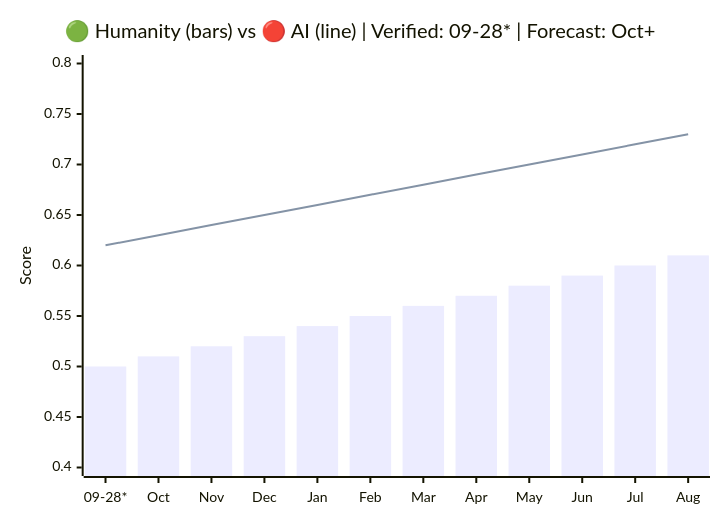
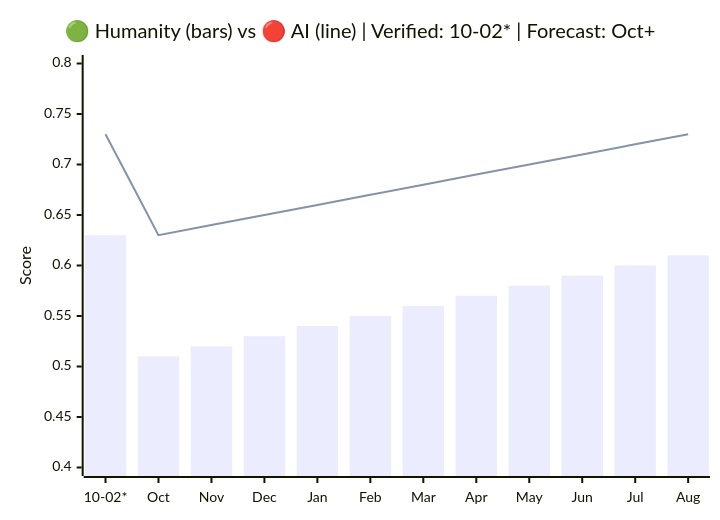
One commit to VQQLK/Human-AI-Monitor changed the first of 2 diagrams in README.md. Above: the diagram before and after it, drawn with Mermaid. The commit also changed other lines of this file and 4 other files, not shown here.

````diff
--- a/README.md
+++ b/README.md
@@ -33,8 +33,8 @@
 ```mermaid
 xychart-beta
-    title "🟢 Humanity (bars) vs 🔴 AI (line) | Verified: 09-28* | Forecast: Oct+"
-    x-axis ["09-28*", "Oct", "Nov", "Dec", "Jan", "Feb", "Mar", "Apr", "May", "Jun", "Jul", "Aug"]
+    title "🟢 Humanity (bars) vs 🔴 AI (line) | Verified: 10-02* | Forecast: Oct+"
+    x-axis ["10-02*", "Oct", "Nov", "Dec", "Jan", "Feb", "Mar", "Apr", "May", "Jun", "Jul", "Aug"]
     y-axis "Score" 0.40 --> 0.80
-    bar [0.50, 0.51, 0.52, 0.53, 0.54, 0.55, 0.56, 0.57, 0.58, 0.59, 0.60, 0.61]
-    line [0.62, 0.63, 0.64, 0.65, 0.66, 0.67, 0.68, 0.69, 0.70, 0.71, 0.72, 0.73]
+    bar [0.63, 0.51, 0.52, 0.53, 0.54, 0.55, 0.56, 0.57, 0.58, 0.59, 0.60, 0.61]
+    line [0.73, 0.63, 0.64, 0.65, 0.66, 0.67, 0.68, 0.69, 0.70, 0.71, 0.72, 0.73]
 ```
````
